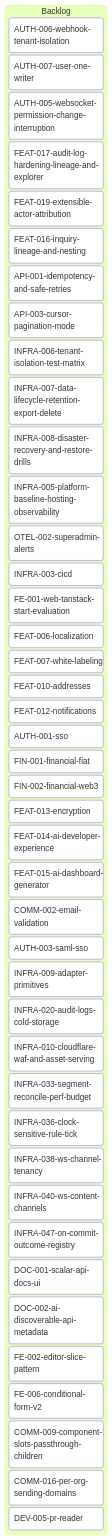
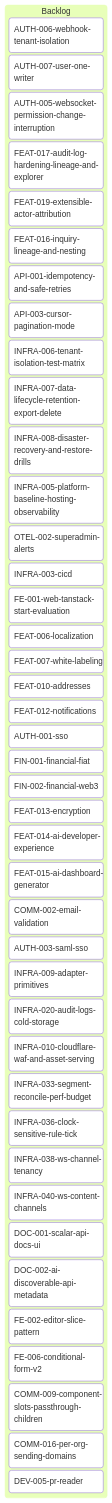
The diagram in tickets/kanban-backlog.md (inixiative/template), drawn with Mermaid before and after one commit. The commit also changed other lines of this file and 13 other files, not shown here.

````diff
--- a/tickets/kanban-backlog.md
+++ b/tickets/kanban-backlog.md
@@ -3,51 +3,50 @@
 ```mermaid
 ---
 config:
   kanban:
     ticketBaseUrl: 'https://github.com/yourorg/template/blob/main/tickets/#TICKET#'
 ---
 kanban
   Backlog
     AUTH-006-webhook-tenant-isolation
     AUTH-007-user-one-writer
     AUTH-005-websocket-permission-change-interruption
     FEAT-017-audit-log-hardening-lineage-and-explorer
     FEAT-019-extensible-actor-attribution
     FEAT-016-inquiry-lineage-and-nesting
     API-001-idempotency-and-safe-retries
     API-003-cursor-pagination-mode
     INFRA-006-tenant-isolation-test-matrix
     INFRA-007-data-lifecycle-retention-export-delete
     INFRA-008-disaster-recovery-and-restore-drills
     INFRA-005-platform-baseline-hosting-observability
     OTEL-002-superadmin-alerts
     INFRA-003-cicd
     FE-001-web-tanstack-start-evaluation
     FEAT-006-localization
     FEAT-007-white-labeling
     FEAT-010-addresses
     FEAT-012-notifications
     AUTH-001-sso
     FIN-001-financial-fiat
     FIN-002-financial-web3
     FEAT-013-encryption
     FEAT-014-ai-developer-experience
     FEAT-015-ai-dashboard-generator
     COMM-002-email-validation
     AUTH-003-saml-sso
     INFRA-009-adapter-primitives
     INFRA-020-audit-logs-cold-storage
     INFRA-010-cloudflare-waf-and-asset-serving
     INFRA-033-segment-reconcile-perf-budget
     INFRA-036-clock-sensitive-rule-tick
     INFRA-038-ws-channel-tenancy
     INFRA-040-ws-content-channels
-    INFRA-047-on-commit-outcome-registry
     DOC-001-scalar-api-docs-ui
     DOC-002-ai-discoverable-api-metadata
     FE-002-editor-slice-pattern
     FE-006-conditional-form-v2
     COMM-009-component-slots-passthrough-children
     COMM-016-per-org-sending-domains
     DEV-005-pr-reader
 ```
````
